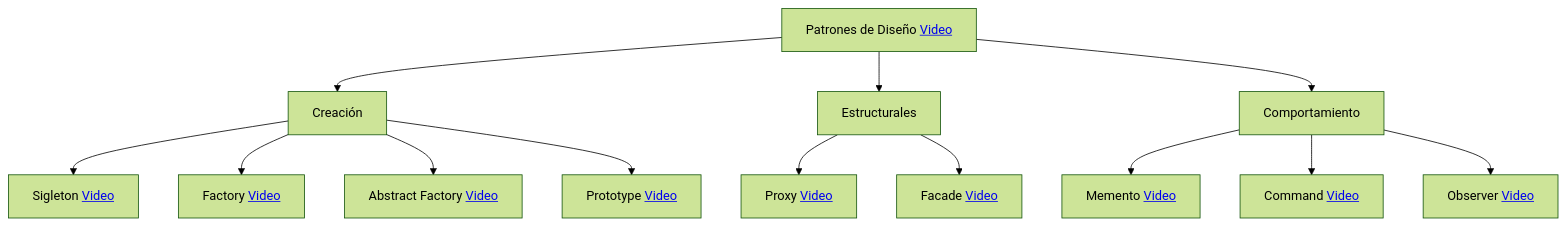
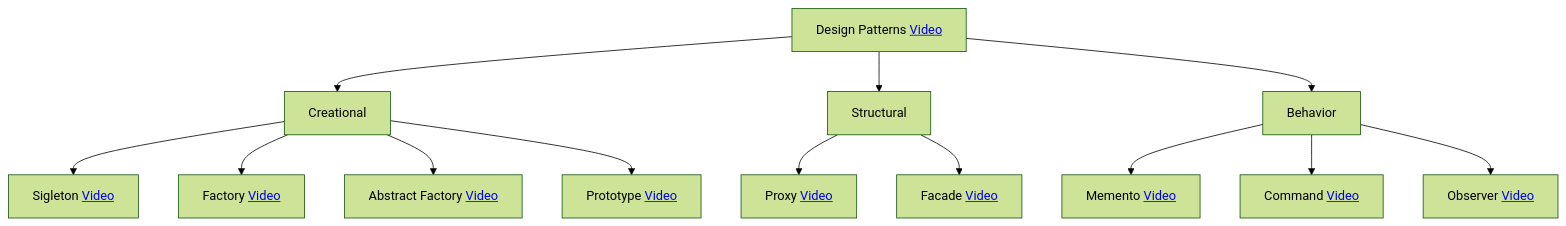
Before and after one commit to EstebanSansart/SoftwareArchitecture: the diagram in README.md, drawn with Mermaid (forest theme). The commit also changed other lines of this file, not shown here.

````diff
--- a/README.md
+++ b/README.md
@@ -93,17 +93,17 @@
 ```mermaid
 flowchart TD
-    A[Patrones de Diseño <a href='https://www.youtube.com/watch?v=cwfuydUHZ7o&list=PLvimn1Ins-41Uiugt1WbpyFo1XT1WOquL&index=1'>Video</a>] --> B[Creación]
-    A -->C[Estructurales]
-    A -->D[Comportamiento]
+    A[Design Patterns <a href='https://www.youtube.com/watch?v=cwfuydUHZ7o&list=PLvimn1Ins-41Uiugt1WbpyFo1XT1WOquL&index=1'>Video</a>] --> B[Creational]
+    A -->C[Structural]
+    A -->D[Behavior]
     B -->E[Sigleton <a href='https://www.youtube.com/watch?v=gocJeOHtj9w&list=PLvimn1Ins-41Uiugt1WbpyFo1XT1WOquL&index=2'>Video</a>] 
     B -->F[Factory  <a href='https://www.youtube.com/watch?v=R6Ef64hDwGo&list=PLvimn1Ins-41Uiugt1WbpyFo1XT1WOquL&index=3'>Video</a>]
     B -->G[Abstract Factory <a href='https://www.youtube.com/watch?v=QmE-o5R7ZF4&list=PLvimn1Ins-41Uiugt1WbpyFo1XT1WOquL&index=4'>Video</a>]
     B -->H[Prototype <a href='https://www.youtube.com/watch?v=M3VT1v54cq4&list=PLvimn1Ins-41Uiugt1WbpyFo1XT1WOquL&index=5'>Video</a>]
     C -->I[Proxy <a href='https://www.youtube.com/watch?v=LUJbqdthTzA&list=PLvimn1Ins-41Uiugt1WbpyFo1XT1WOquL&index=8'>Video</a>]
     C -->J[Facade <a href='https://www.youtube.com/watch?v=6dYwdDbhpwQ&list=PLvimn1Ins-41Uiugt1WbpyFo1XT1WOquL&index=6'>Video</a>]
     D -->k[Memento <a href='https://www.youtube.com/watch?v=Q5CL1b-FD9E&list=PLvimn1Ins-41Uiugt1WbpyFo1XT1WOquL&index=10'>Video</a>]
     D -->O[Command <a href='https://www.youtube.com/watch?v=hDBOfyzFKEU&list=PLvimn1Ins-41Uiugt1WbpyFo1XT1WOquL&index=9'>Video</a>]
     D -->P[Observer <a href='https://www.youtube.com/watch?v=QiKrKNTdGGs&list=PLvimn1Ins-41Uiugt1WbpyFo1XT1WOquL&index=11'>Video</a>]
 
    
 ```
````
